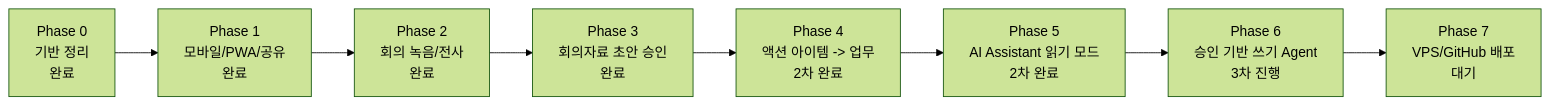
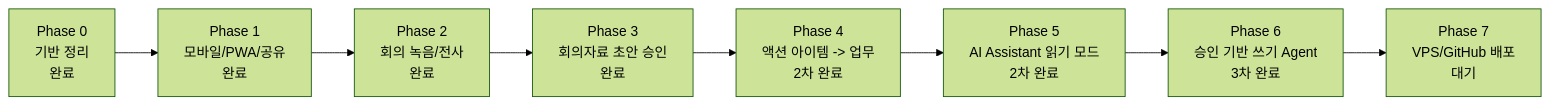
Before and after one commit to naral3221-dotcom/intruth.com: the diagram in docs/PHASE_PROGRESS.md, drawn with Mermaid (forest theme). The commit also changed other lines of this file and 6 other files, not shown here.

````diff
--- a/docs/PHASE_PROGRESS.md
+++ b/docs/PHASE_PROGRESS.md
@@ -10,10 +10,10 @@
 ```mermaid
 flowchart LR
   P0["Phase 0\n기반 정리\n완료"] --> P1["Phase 1\n모바일/PWA/공유\n완료"]
   P1 --> P2["Phase 2\n회의 녹음/전사\n완료"]
   P2 --> P3["Phase 3\n회의자료 초안 승인\n완료"]
   P3 --> P4["Phase 4\n액션 아이템 -> 업무\n2차 완료"]
   P4 --> P5["Phase 5\nAI Assistant 읽기 모드\n2차 완료"]
-  P5 --> P6["Phase 6\n승인 기반 쓰기 Agent\n3차 진행"]
+  P5 --> P6["Phase 6\n승인 기반 쓰기 Agent\n3차 완료"]
   P6 --> P7["Phase 7\nVPS/GitHub 배포\n대기"]
 ```
````
